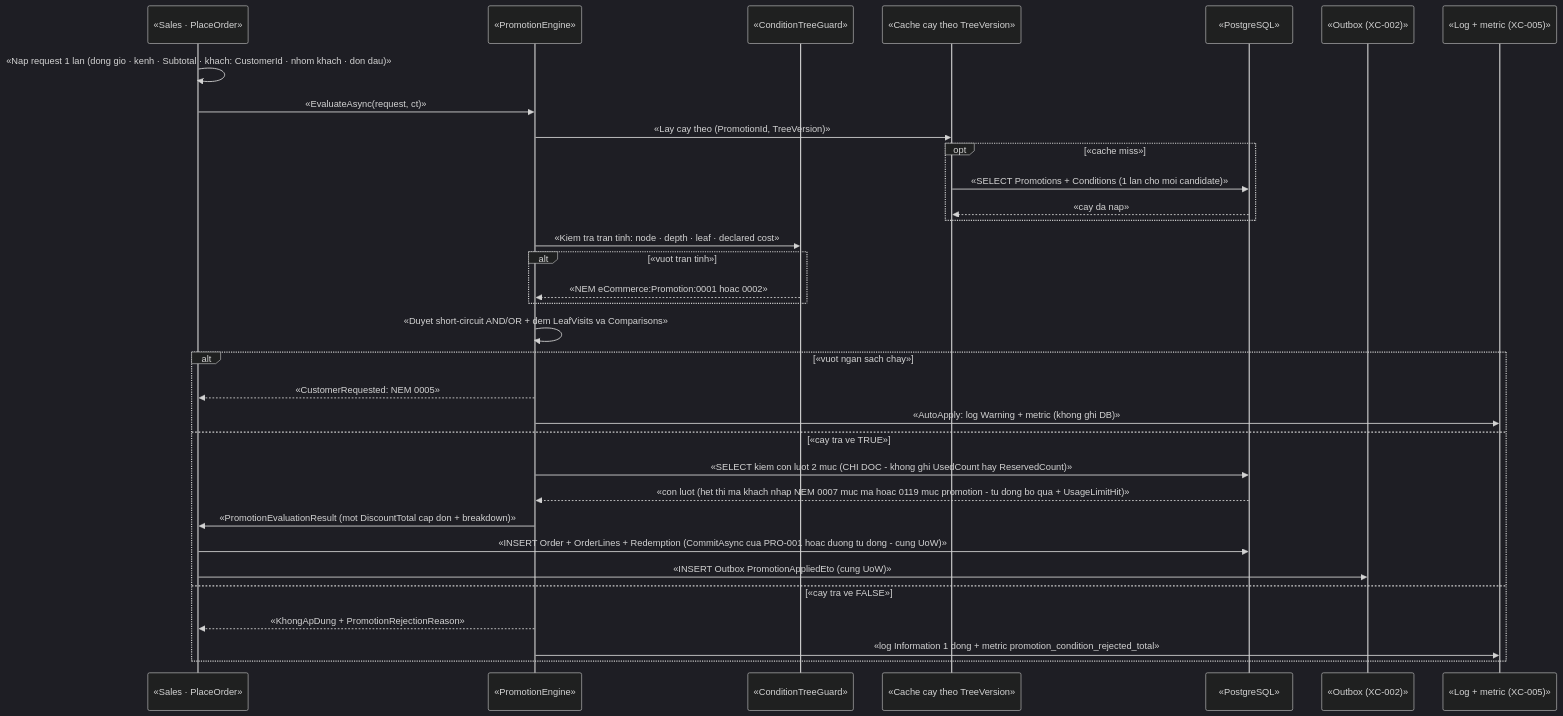
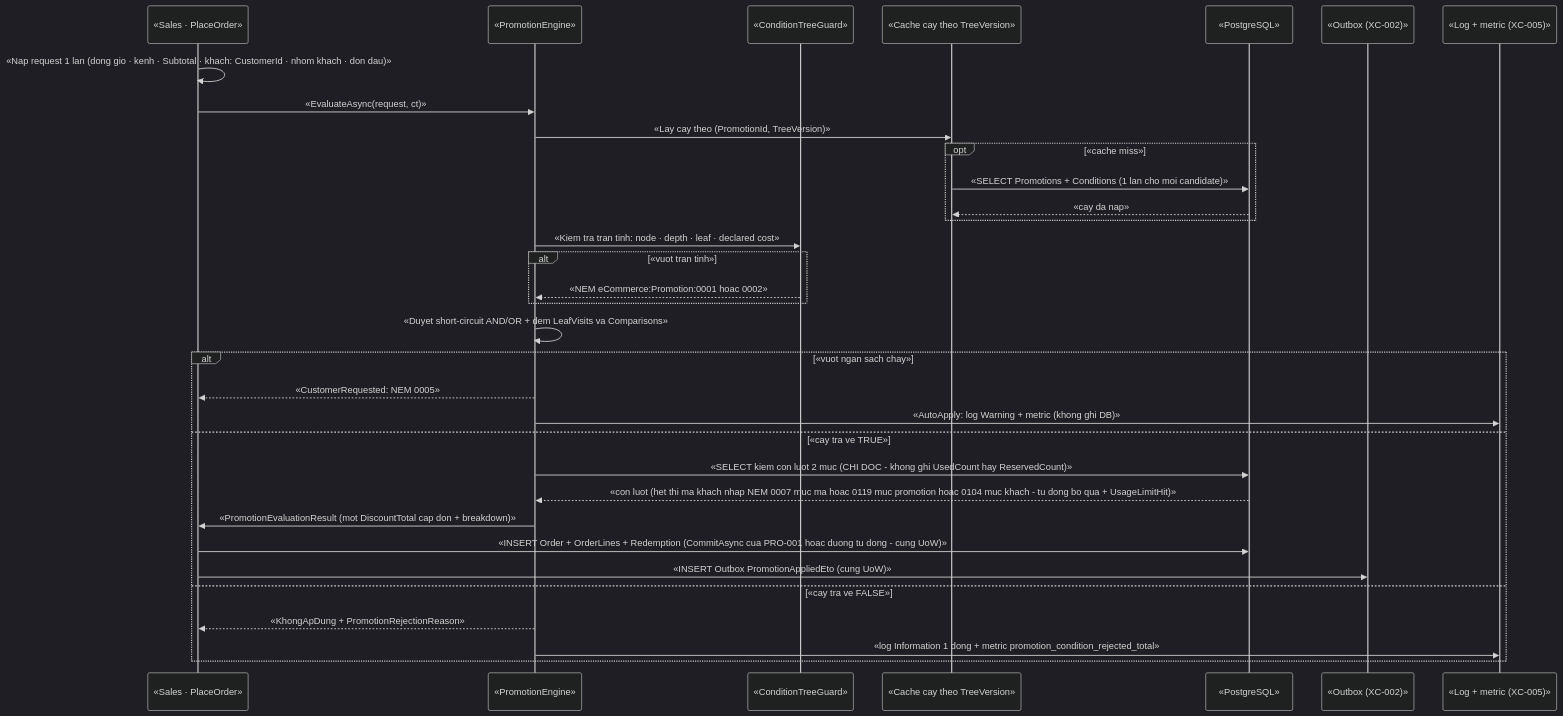
One commit to hungnt9801/eCommerce changed the second of 3 diagrams in docs/features/promotions/pro-002-cay-dieu-kien-engine-khuyen-mai.md. Above: the diagram before and after it, drawn with Mermaid (dark theme). The commit also changed other lines of this file and 16 other files, not shown here.

````diff
--- a/docs/features/promotions/pro-002-cay-dieu-kien-engine-khuyen-mai.md
+++ b/docs/features/promotions/pro-002-cay-dieu-kien-engine-khuyen-mai.md
@@ -202,36 +202,36 @@
 ```mermaid
 sequenceDiagram
     participant SAL as «Sales · PlaceOrder»
     participant ENG as «PromotionEngine»
     participant GRD as «ConditionTreeGuard»
     participant CAC as «Cache cay theo TreeVersion»
     participant DB as «PostgreSQL»
     participant OUT as «Outbox (XC-002)»
     participant LOG as «Log + metric (XC-005)»
 
     SAL->>SAL: «Nap request 1 lan (dong gio · kenh · Subtotal · khach: CustomerId · nhom khach · don dau)»
     SAL->>ENG: «EvaluateAsync(request, ct)»
     ENG->>CAC: «Lay cay theo (PromotionId, TreeVersion)»
     opt «cache miss»
         CAC->>DB: «SELECT Promotions + Conditions (1 lan cho moi candidate)»
         DB-->>CAC: «cay da nap»
     end
     ENG->>GRD: «Kiem tra tran tinh: node · depth · leaf · declared cost»
     alt «vuot tran tinh»
         GRD-->>ENG: «NEM eCommerce:Promotion:0001 hoac 0002»
     end
     ENG->>ENG: «Duyet short-circuit AND/OR + dem LeafVisits va Comparisons»
     alt «vuot ngan sach chay»
         ENG-->>SAL: «CustomerRequested: NEM 0005»
         ENG->>LOG: «AutoApply: log Warning + metric (khong ghi DB)»
     else «cay tra ve TRUE»
         ENG->>DB: «SELECT kiem con luot 2 muc (CHI DOC - khong ghi UsedCount hay ReservedCount)»
-        DB-->>ENG: «con luot (het thi ma khach nhap NEM 0007 muc ma hoac 0119 muc promotion - tu dong bo qua + UsageLimitHit)»
+        DB-->>ENG: «con luot (het thi ma khach nhap NEM 0007 muc ma hoac 0119 muc promotion hoac 0104 muc khach - tu dong bo qua + UsageLimitHit)»
         ENG->>SAL: «PromotionEvaluationResult (mot DiscountTotal cap don + breakdown)»
         SAL->>DB: «INSERT Order + OrderLines + Redemption (CommitAsync cua PRO-001 hoac duong tu dong - cung UoW)»
         SAL->>OUT: «INSERT Outbox PromotionAppliedEto (cung UoW)»
     else «cay tra ve FALSE»
         ENG-->>SAL: «KhongApDung + PromotionRejectionReason»
         ENG->>LOG: «log Information 1 dong + metric promotion_condition_rejected_total»
     end
 ```
````
